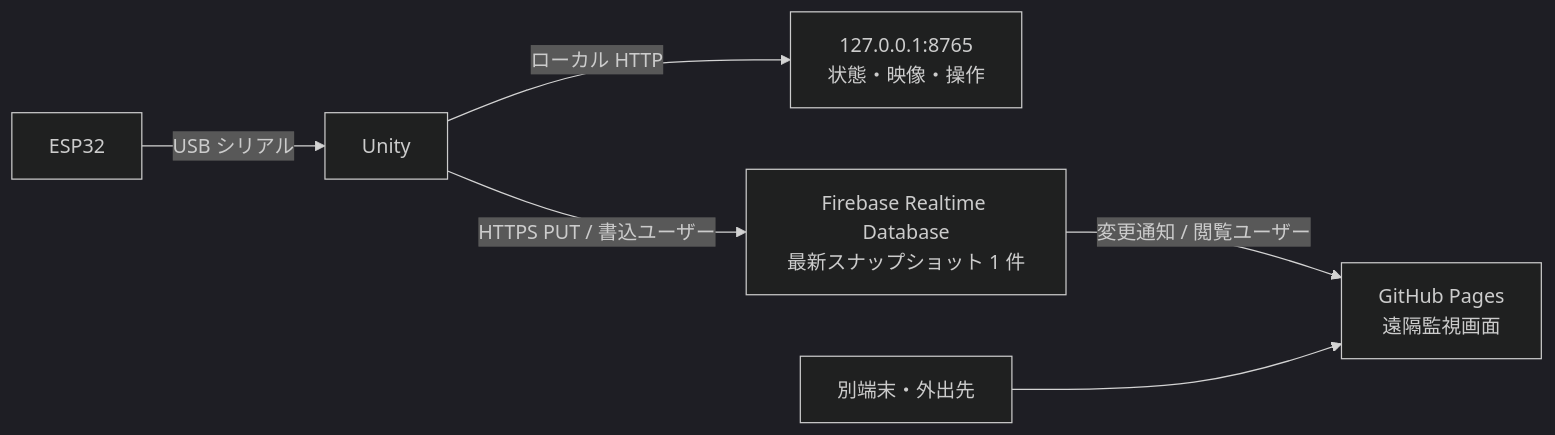
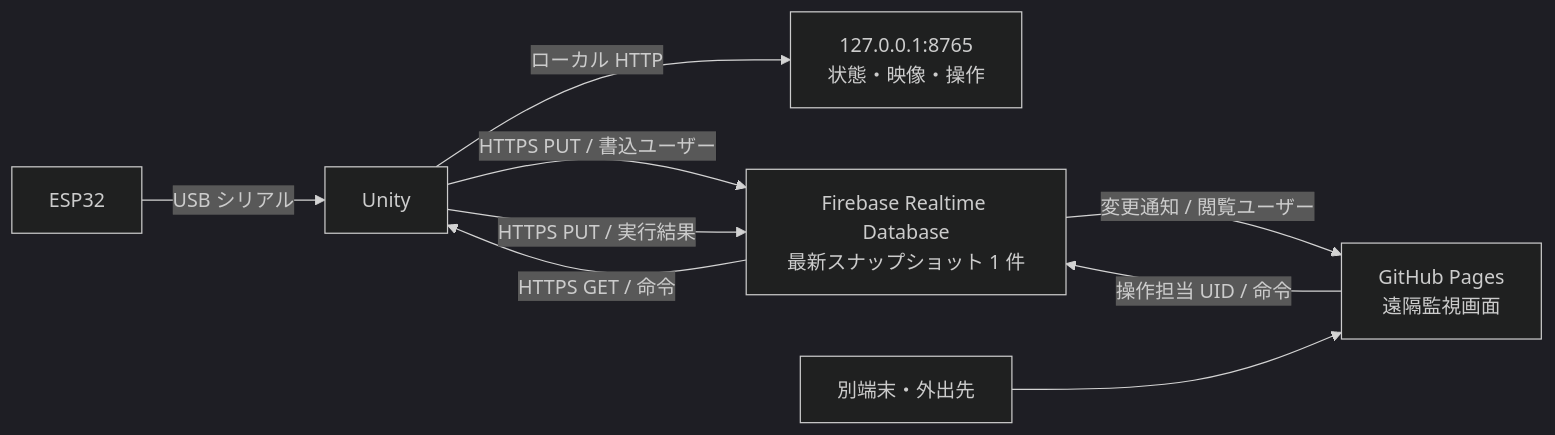
One commit to TK75Attractions/Racing changed the diagram in Documentation/RemoteRaceDashboardPlan.md. Above: the diagram before and after it, drawn with Mermaid (dark theme). The commit also changed other lines of this file and 15 other files, not shown here.

````diff
--- a/Documentation/RemoteRaceDashboardPlan.md
+++ b/Documentation/RemoteRaceDashboardPlan.md
@@ -9,8 +9,11 @@
 ```mermaid
 flowchart LR
   ESP[ESP32] -->|USB シリアル| UNITY[Unity]
   UNITY -->|ローカル HTTP| LOCAL[127.0.0.1:8765<br>状態・映像・操作]
   UNITY -->|HTTPS PUT / 書込ユーザー| DB[Firebase Realtime Database<br>最新スナップショット 1 件]
   DB -->|変更通知 / 閲覧ユーザー| PAGES[GitHub Pages<br>遠隔監視画面]
+  PAGES -->|操作担当 UID / 命令| DB
+  DB -->|HTTPS GET / 命令| UNITY
+  UNITY -->|HTTPS PUT / 実行結果| DB
   VIEWER[別端末・外出先] --> PAGES
 ```
````
